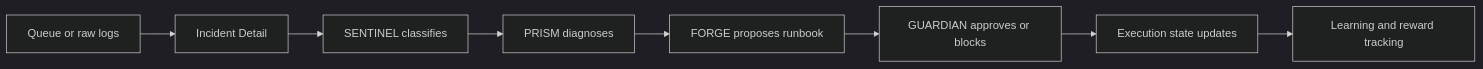
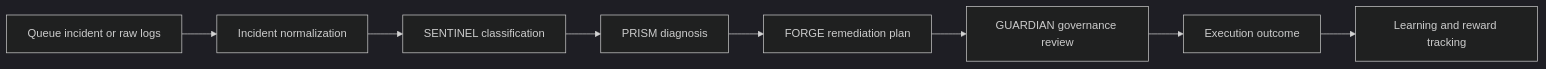
Before and after one commit to kunalkachru/nexus-v2: the first of 2 diagrams in README.md, drawn with Mermaid (dark theme). The commit also changed other lines of this file and 6 other files, not shown here.

````diff
--- a/README.md
+++ b/README.md
@@ -69,10 +78,10 @@
 ```mermaid
 flowchart LR
-    A["Queue or raw logs"] --> B["Incident Detail"]
-    B --> C["SENTINEL classifies"]
-    C --> D["PRISM diagnoses"]
-    D --> E["FORGE proposes runbook"]
-    E --> F["GUARDIAN approves or blocks"]
-    F --> G["Execution state updates"]
+    A["Queue incident or raw logs"] --> B["Incident normalization"]
+    B --> C["SENTINEL classification"]
+    C --> D["PRISM diagnosis"]
+    D --> E["FORGE remediation plan"]
+    E --> F["GUARDIAN governance review"]
+    F --> G["Execution outcome"]
     G --> H["Learning and reward tracking"]
 ```
````
